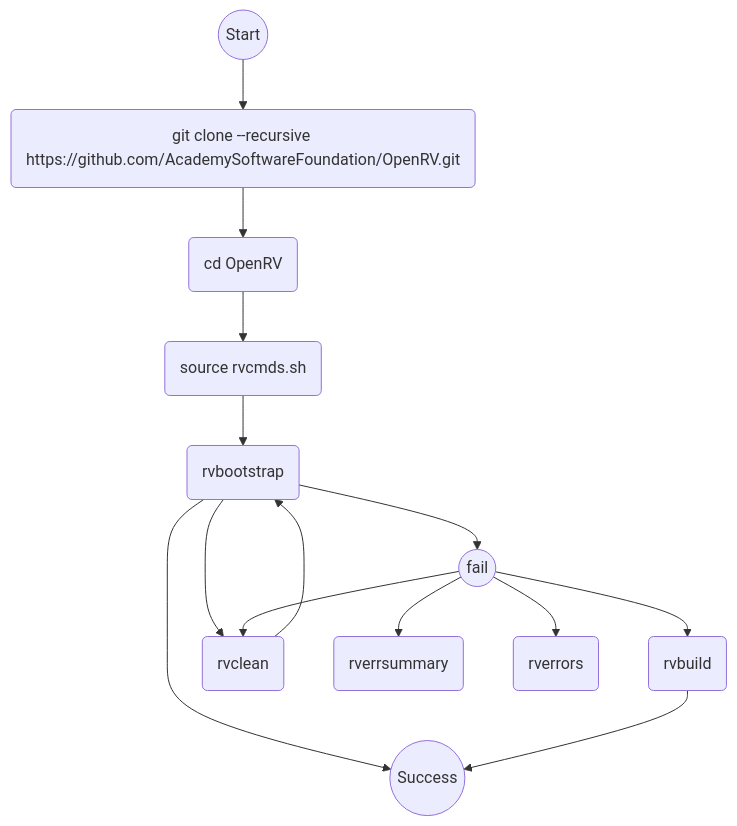
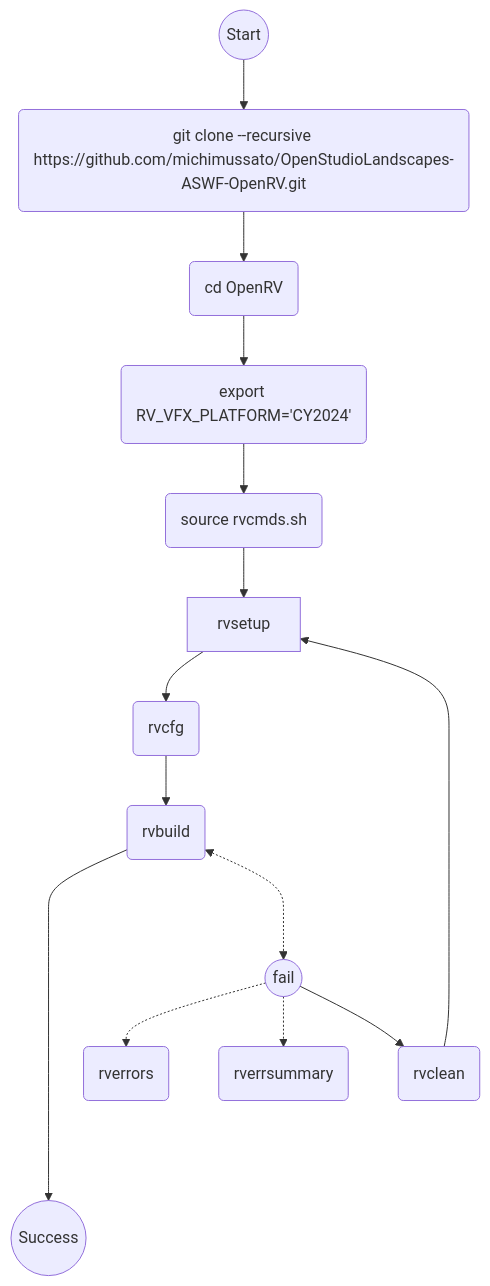
Before and after one commit to michimussato/OpenStudioLandscapes-ASWF-OpenRV: the second of 2 diagrams in README.OpenStudioLandscapes-ASWF-OpenRV-Docker.md, drawn with Mermaid. The commit also changed other lines of this file, not shown here.

````diff
--- a/README.OpenStudioLandscapes-ASWF-OpenRV-Docker.md
+++ b/README.OpenStudioLandscapes-ASWF-OpenRV-Docker.md
@@ -114,35 +153,42 @@
 ```mermaid
 ---
 config:
   flowchart:
     htmlLabels: false
 ---
 flowchart TB
     start(("Start"))
-    clone("`git clone --recursive https://github.com/AcademySoftwareFoundation/OpenRV.git`")
+    clone("`git clone --recursive https://github.com/michimussato/OpenStudioLandscapes-ASWF-OpenRV.git`")
     cd("`cd OpenRV`")
+    export("`export RV_VFX_PLATFORM='CY2024'`")
     source("`source rvcmds.sh`")
-    rvbootstrap("`rvbootstrap`")
+    rvcfg("`rvcfg`")
     rvbuild("`rvbuild`")
     rvclean("`rvclean`")
     fail(("`fail`"))
     rverrsummary("`rverrsummary`")
     rverrors("`rverrors`")
     
     success(("Success"))
     
     start --> clone
     clone --> cd
-    cd --> source
-    source --> rvbootstrap
-    rvbootstrap --> fail
-    rvbootstrap -->rvclean
+    cd --> export
+    export --> source
+    
+    %%source ----> rvbootstrap
+    source --> rvsetup
+    
+    rvsetup --> rvcfg
+    rvcfg --> rvbuild
+    
+    rvbuild ------> success
+    
+    rvbuild <-..-> fail
+    
+    fail -.-> rverrors
+    fail -.-> rverrsummary
+    
     fail --> rvclean
-    rvclean --> rvbootstrap
-    fail --> rvbuild
-    fail --> rverrsummary
-    fail --> rverrors
-    
-    rvbootstrap --> success
-    rvbuild --> success
+    rvclean --> rvsetup
 ```
````
